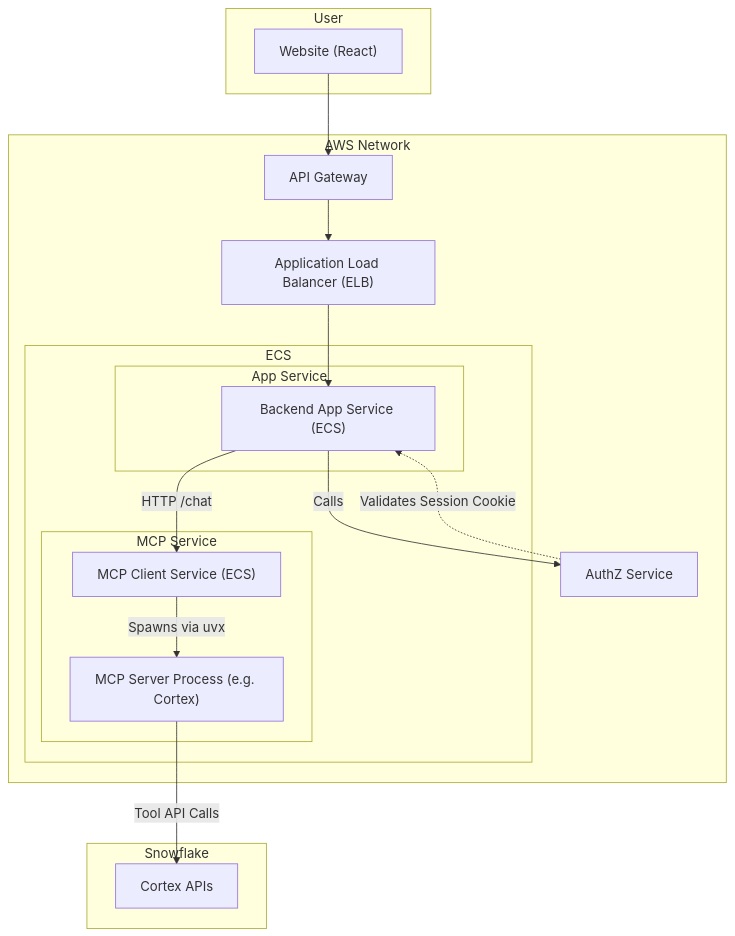
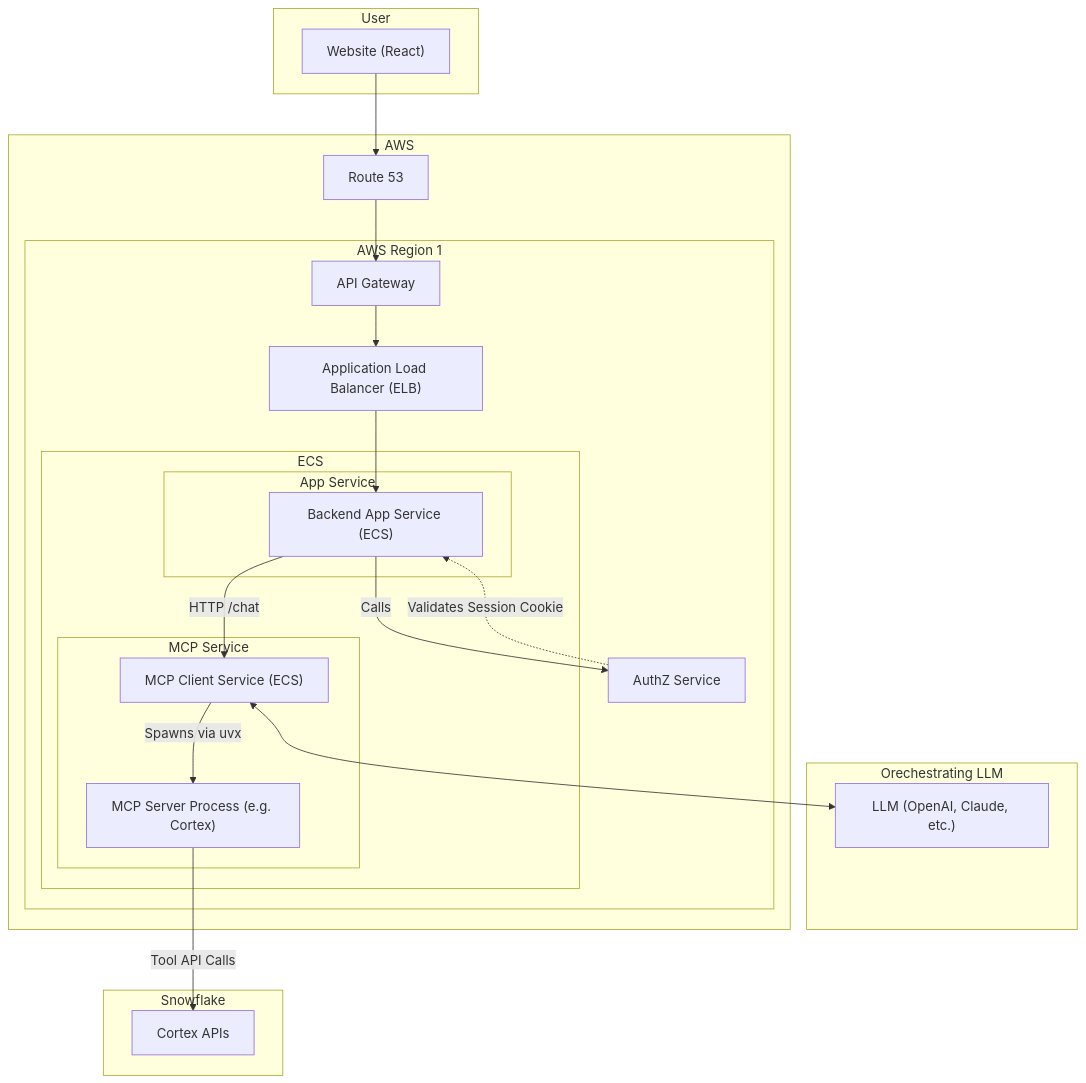
The diagram in README.md (sfc-jneal/example-mcp-cortex-fastagent), drawn with Mermaid before and after one commit.

````diff
--- a/README.md
+++ b/README.md
@@ -156,34 +156,43 @@
 ```mermaid
 graph TD
     subgraph User
         A["Website (React)"]
     end
 
-    subgraph AWS Network
-        A --> C[API Gateway]
-        C --> D["Application Load Balancer (ELB)"]
+    subgraph Orechestrating LLM
+        LLM["LLM (OpenAI, Claude, etc.)"]
+    end
+    
+    subgraph "AWS"
+            B["Route 53"]
+            A --> B
+            B --> C[API Gateway]
+            subgraph "AWS Region 1"
+                
+                C --> D["Application Load Balancer (ELB)"]
+                
+                subgraph ECS
+                    subgraph "App Service"
+                        E["Backend App Service (ECS)"]
+                    end 
+                    subgraph "MCP Service"
+                        F["MCP Client Service (ECS)"]
+                        F -->|Spawns via uvx| G["MCP Server Process (e.g. Cortex)"]
+                    end
+                end
+                F <--> LLM
+                D --> E
 
-        subgraph ECS
-            subgraph "App Service"
-                E["Backend App Service (ECS)"]
+                E -->|HTTP /chat| F
+                E -->|Calls| I[AuthZ Service]
             end
-            subgraph "MCP Service"
-                F["MCP Client Service (ECS)"]
-                F -->|Spawns via uvx| G["MCP Server Process (e.g. Cortex)"]
-            end
+
+            I -.->|Validates Session Cookie| E
         end
-
-        D --> E
-
-        E -->|HTTP /chat| F
-        E -->|Calls| I[AuthZ Service]
-    end
-
-    I -.->|Validates Session Cookie| E
 
     subgraph Snowflake
         H["Cortex APIs"]
     end
 
     G -->|Tool API Calls| H
 ```
````
